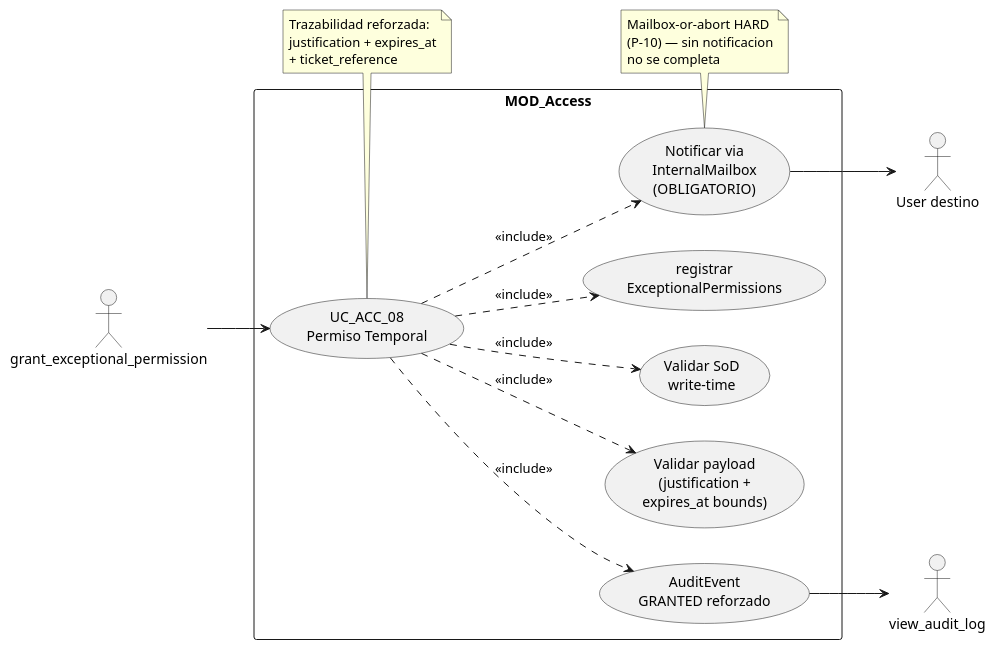
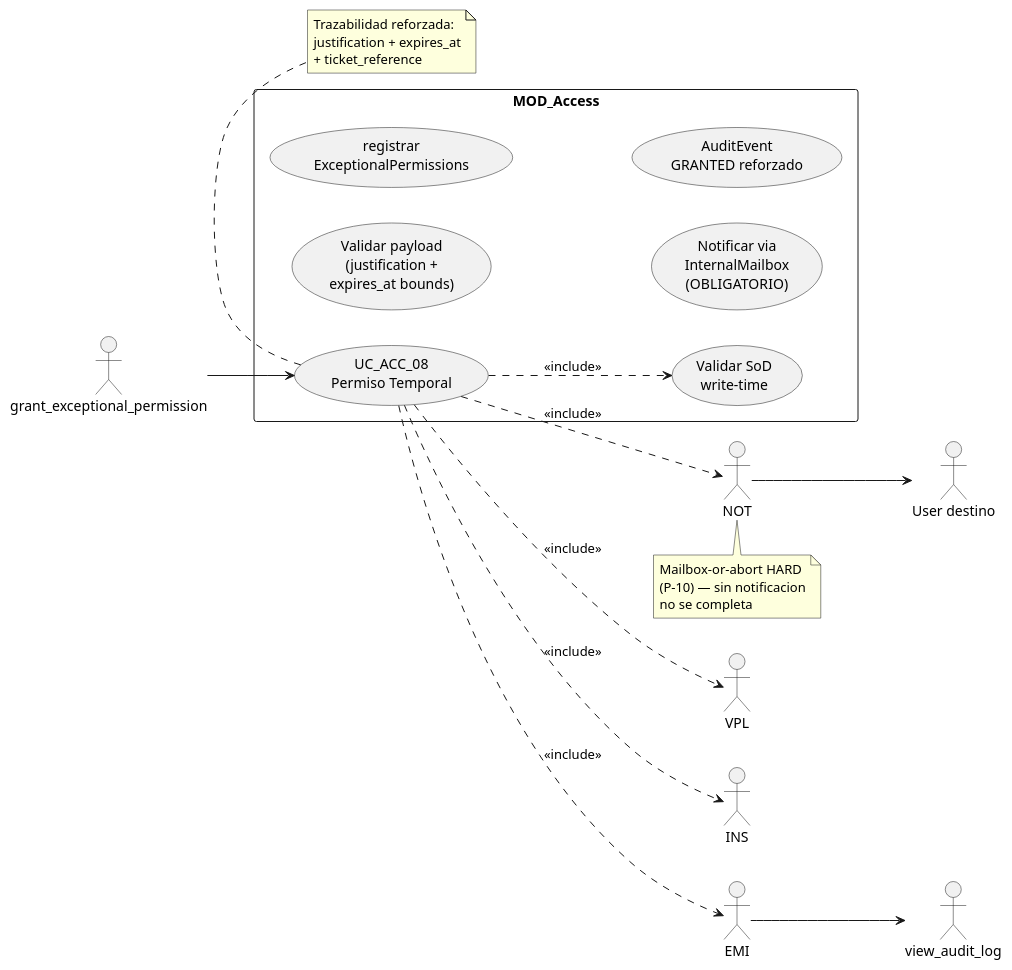
The diagram in source/requisitos/casos-uso/access/uc-acc-08/diagramas-uml/diagrama-de-caso-de-uso.rst (jcg-admin/IACT-docs), drawn with PlantUML before and after one commit. The commit also changed 47 other files, not shown here.

First line of the commit message:
Fix cryptic PlantUML aliases in UC and architecture files (STD_011)

```diff
--- a/source/requisitos/casos-uso/access/uc-acc-08/diagramas-uml/diagrama-de-caso-de-uso.rst
+++ b/source/requisitos/casos-uso/access/uc-acc-08/diagramas-uml/diagrama-de-caso-de-uso.rst
@@ -4,40 +4,40 @@
 .. uml::
  :caption: UC_ACC_08 — actores y casos asociados
 
  @startuml
  left to right direction
 
  actor "grant_exceptional_permission" as INVOKER
  actor "User destino" as TARGET
  actor "view_audit_log" as view_audit_log
 
  rectangle "MOD_Access" {
    usecase "UC_ACC_08\nPermiso Temporal" as UC08
-   usecase "Validar payload\n(justification +\nexpires_at bounds)" as VPL
+   usecase "Validar payload\n(justification +\nexpires_at bounds)" as VistaPipeline
    usecase "Validar SoD\nwrite-time" as VSOD
-   usecase "registrar\nExceptionalPermissions" as INS
-   usecase "Notificar via\nInternalMailbox\n(OBLIGATORIO)" as NOT
-   usecase "AuditEvent\nGRANTED reforzado" as EMI
+   usecase "registrar\nExceptionalPermissions" as RegistrarDatos
+   usecase "Notificar via\nInternalMailbox\n(OBLIGATORIO)" as NotificacionMailbox
+   usecase "AuditEvent\nGRANTED reforzado" as AuditEmitter
  }
 
  INVOKER --> UC08
  UC08 ..> VPL : <<include>>
  UC08 ..> VSOD : <<include>>
  UC08 ..> INS : <<include>>
  UC08 ..> NOT : <<include>>
  UC08 ..> EMI : <<include>>
  NOT --> TARGET
  EMI --> view_audit_log
 
  note bottom of NOT
    Mailbox-or-abort HARD
    (P-10) — sin notificacion
    no se completa
  end note
  note bottom of UC08
    Trazabilidad reforzada:
    justification + expires_at
    + ticket_reference
  end note
 
  @enduml
```
